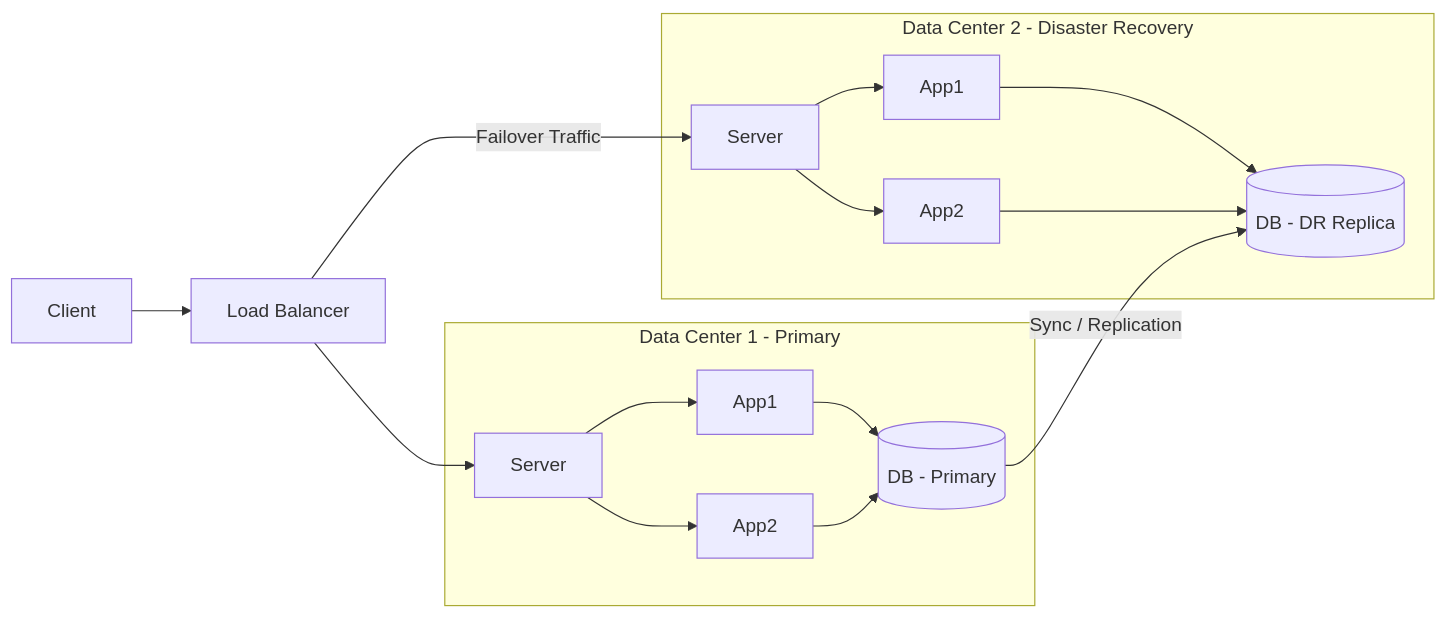
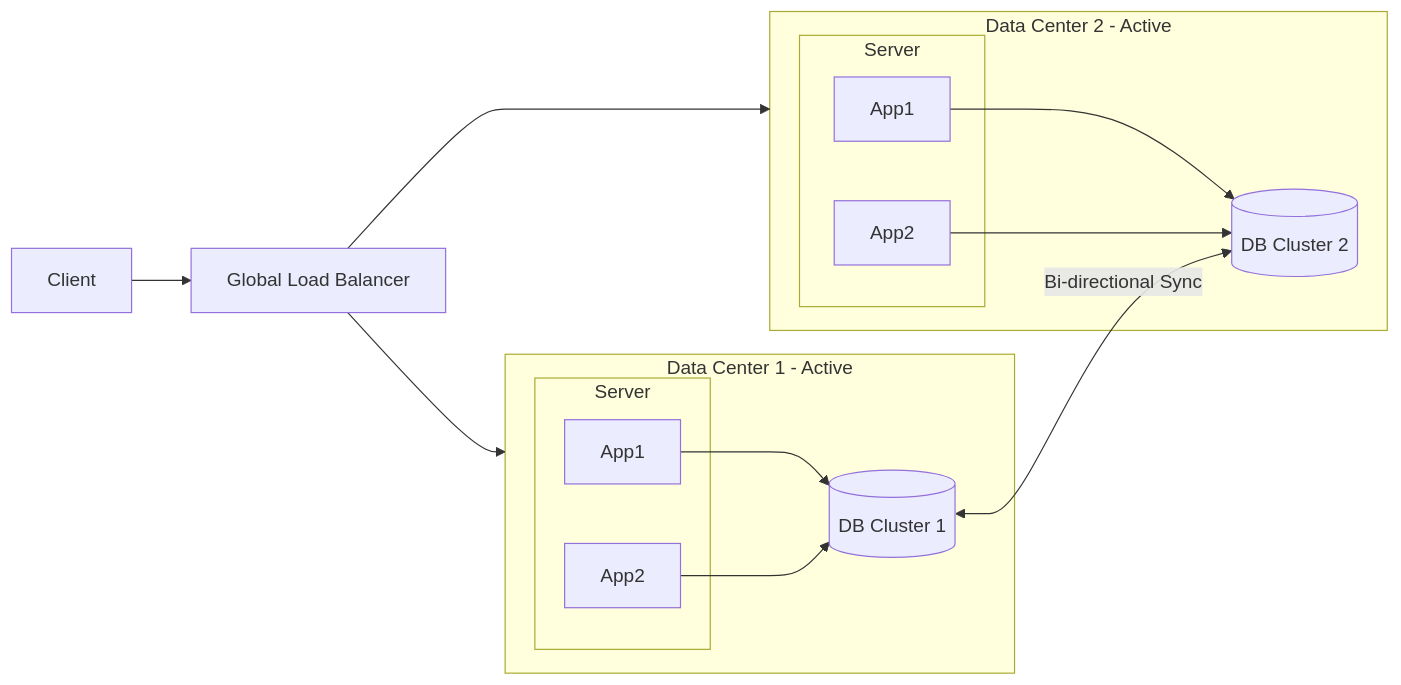
Before and after one commit to danishnetp/learning-system-design-concepts: the third of 3 diagrams in src/main/java/com/system/design/high_level_design/code_concept/design-high-availability-architecture.md, drawn with Mermaid. The commit also changed other lines of this file, not shown here.

````diff
--- a/src/main/java/com/system/design/high_level_design/code_concept/design-high-availability-architecture.md
+++ b/src/main/java/com/system/design/high_level_design/code_concept/design-high-availability-architecture.md
@@ -148,30 +154,28 @@
 ```mermaid
 flowchart LR
-    C[Client] --> LB[Load Balancer]
+	C[Client] --> GSLB[Global Load Balancer]
 
-    subgraph DC1[Data Center 1 - Primary]
-        S1[Server]
-        A11[App1]
-        A12[App2]
-        DB1[(DB - Primary)]
-        S1 --> A11
-        S1 --> A12
-        A11 --> DB1
-        A12 --> DB1
-    end
+	subgraph DC1[Data Center 1 - Active]
+		subgraph S1[Server]
+			A11[App1]
+			A12[App2]
+		end
+		DB1[(DB Cluster 1)]
+		A11 --> DB1
+		A12 --> DB1
+	end
 
-    subgraph DC2[Data Center 2 - Disaster Recovery]
-        S2[Server]
-        A21[App1]
-        A22[App2]
-        DB2[(DB - DR Replica)]
-        S2 --> A21
-        S2 --> A22
-        A21 --> DB2
-        A22 --> DB2
-    end
+	subgraph DC2[Data Center 2 - Active]
+		subgraph S2[Server]
+			A21[App1]
+			A22[App2]
+		end
+		DB2[(DB Cluster 2)]
+		A21 --> DB2
+		A22 --> DB2
+	end
 
-    LB --> S1
-    LB -->|Failover Traffic| S2
-    DB1 -->|Sync / Replication| DB2
+	GSLB --> DC1
+	GSLB --> DC2
+	DB1 <-->|Bi-directional Sync| DB2
 ```
````
